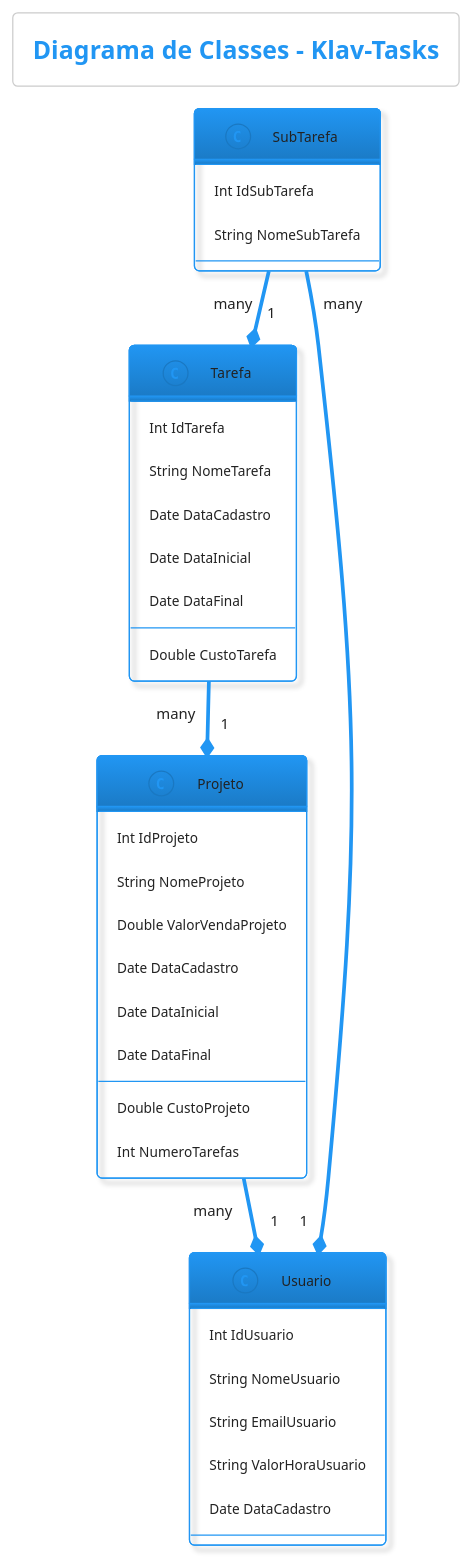
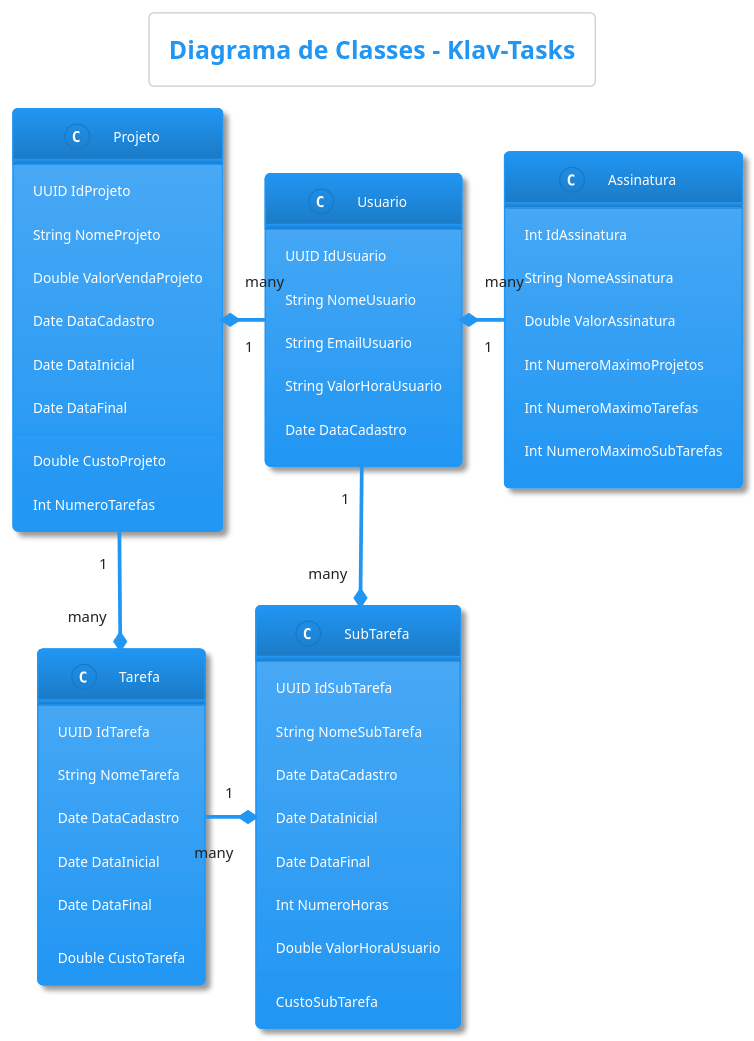
The diagram in klav-tasks-uml.puml (valkcastellani/klav-tasks), drawn with PlantUML before and after one commit. The commit also changed other lines of this file, not shown here.

Commit message:
Atualização do Diagrama de Classes

```diff
--- a/klav-tasks-uml.puml
+++ b/klav-tasks-uml.puml
@@ -1,43 +1,61 @@
-@startuml klav-tasks
-!theme materia-outline
+@startuml
+!theme materia
+
+skin rose
 
 title Diagrama de Classes - Klav-Tasks
 
+class Assinatura {
+  {field} Int IdAssinatura
+  {field} String NomeAssinatura
+  {field} Double ValorAssinatura
+  {field} Int NumeroMaximoProjetos
+  {field} Int NumeroMaximoTarefas
+  {field} Int NumeroMaximoSubTarefas
+}
+
 class Usuario {
-  {field} Int IdUsuario
+  {field} UUID IdUsuario
   {field} String NomeUsuario
   {field} String EmailUsuario
   {field} String ValorHoraUsuario
   {field} Date DataCadastro
 }
 
 class Projeto {
-  {field} Int IdProjeto
+  {field} UUID IdProjeto
   {field} String NomeProjeto
   {field} Double ValorVendaProjeto
   {field} Date DataCadastro
   {field} Date DataInicial
   {field} Date DataFinal
   {method} Double CustoProjeto
   {method} Int NumeroTarefas
 }
 
 class Tarefa {
-  {field} Int IdTarefa
+  {field} UUID IdTarefa
   {field} String NomeTarefa
   {field} Date DataCadastro
   {field} Date DataInicial
   {field} Date DataFinal
   {method} Double CustoTarefa
 }
 
 class SubTarefa {
-  {field} Int IdSubTarefa
+  {field} UUID IdSubTarefa
   {field} String NomeSubTarefa
+  {field} Date DataCadastro
+  {field} Date DataInicial
+  {field} Date DataFinal
+  {field} Int NumeroHoras
+  {field} Double ValorHoraUsuario
+  {method} CustoSubTarefa
 }
 
-Usuario "1" *-up- "many" Projeto
-Projeto "1" *-up- "many" Tarefa
-Tarefa "1" *-up- "many" SubTarefa
-Usuario "1" *-up- "many" SubTarefa
+Assinatura "1" -left-* "many" Usuario
+Usuario "1" -left-* "many" Projeto
+Projeto "1" --* "many" Tarefa
+Tarefa "1" -right-* "many" SubTarefa
+Usuario "1" --* "many" SubTarefa
 @enduml
```
